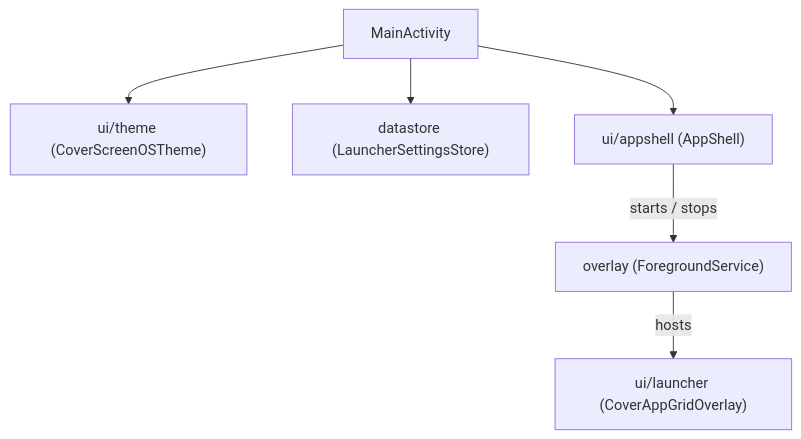
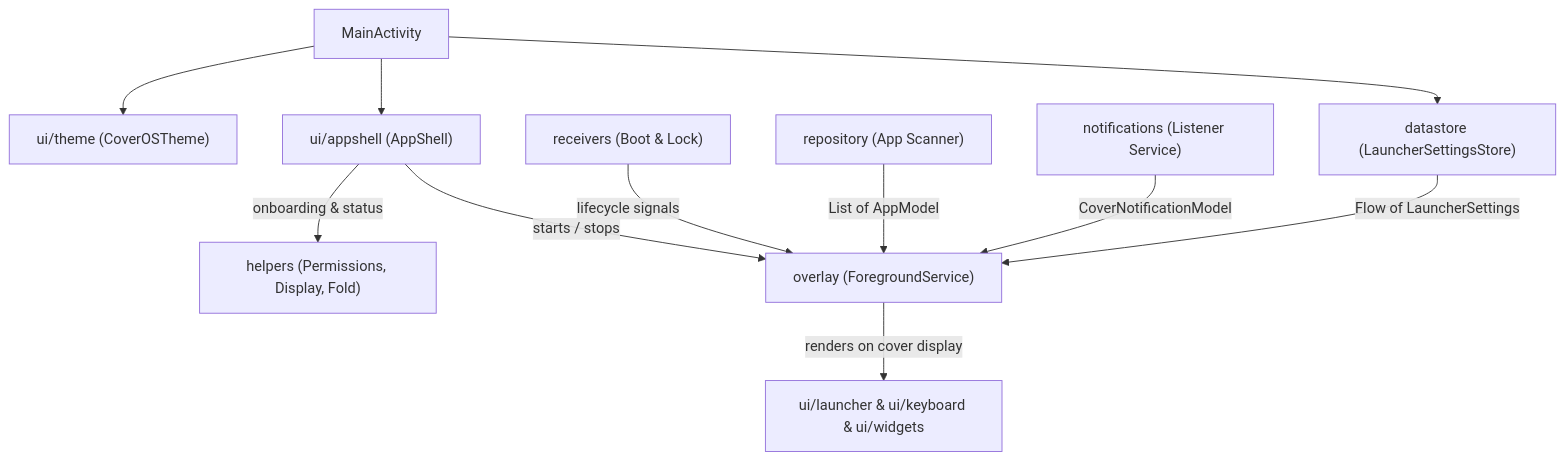
One commit to tyejaedon/Cover-Screen-OS changed the diagram in app/src/main/java/com/tyejaedon/coverscreenos/README.md. Above: the diagram before and after it, drawn with Mermaid. The commit also changed other lines of this file and 157 other files, not shown here.

````diff
--- a/app/src/main/java/com/tyejaedon/coverscreenos/README.md
+++ b/app/src/main/java/com/tyejaedon/coverscreenos/README.md
@@ -23,8 +68,13 @@
 ```mermaid
 flowchart TD
-    Main["MainActivity"] --> Theme["ui/theme (CoverScreenOSTheme)"]
+    Main["MainActivity"] --> Theme["ui/theme (CoverOSTheme)"]
     Main --> Store["datastore (LauncherSettingsStore)"]
     Main --> Shell["ui/appshell (AppShell)"]
+    Shell -->|"onboarding & status"| Helpers["helpers (Permissions, Display, Fold)"]
     Shell -->|"starts / stops"| Overlay["overlay (ForegroundService)"]
-    Overlay -->|"hosts"| Launcher["ui/launcher (CoverAppGridOverlay)"]
+    Receivers["receivers (Boot & Lock)"] -->|"lifecycle signals"| Overlay
+    Repo["repository (App Scanner)"] -->|"List of AppModel"| Overlay
+    Notifs["notifications (Listener Service)"] -->|"CoverNotificationModel"| Overlay
+    Store -->|"Flow of LauncherSettings"| Overlay
+    Overlay -->|"renders on cover display"| Launcher["ui/launcher & ui/keyboard & ui/widgets"]
 ```
````
